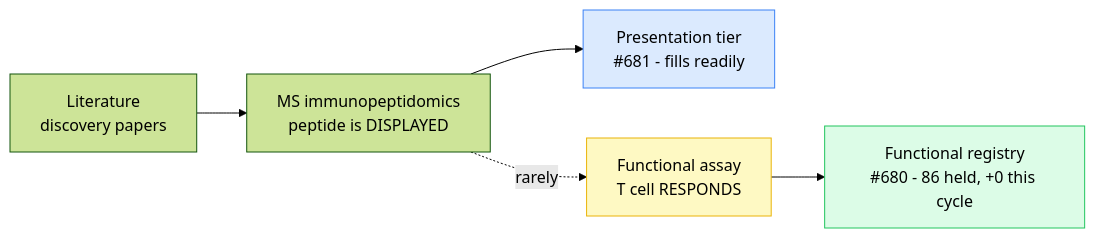
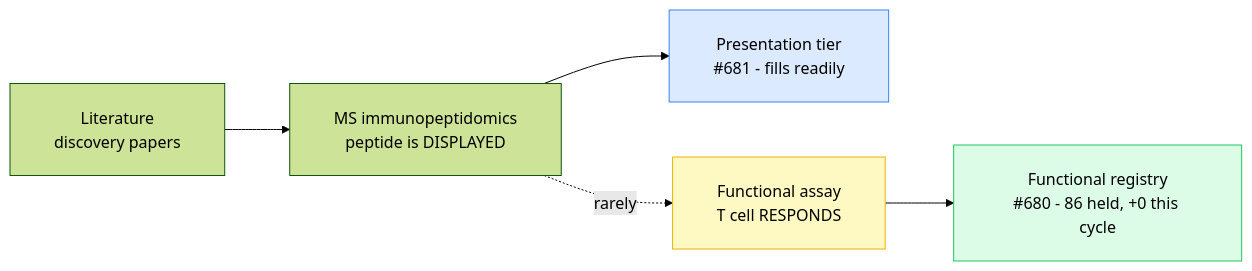
Before and after one commit to Jin-HoMLee/splice-neoepitope-pipeline: the diagram in research/decisions/issue_1284_registry-hunt-state/slides.qmd, drawn with Mermaid (forest theme).

Commit message:
docs(research): fix mermaid box overflow on the yield slide (#1284)
Client-side mermaid under reveal.js measures each node box with its own
default font, but the deck displays a wider system font (the Inter web-font
@import is commented out in custom.scss), so nowrap labels overflow the boxes.
A mermaid init directive with larger flowchart padding/spacing widens the
boxes to absorb the measurement-vs-display gap - fixes at mermaid's layout
stage so geometry and text stay coupled (a CSS font-size cap breaks the
layout by decoupling them). Visually re-verified slide 5.

````diff
--- a/research/decisions/issue_1284_registry-hunt-state/slides.qmd
+++ b/research/decisions/issue_1284_registry-hunt-state/slides.qmd
@@ -90,11 +90,12 @@
 ```{mermaid}
 %%| fig-width: 9
+%%{init: {'flowchart': {'padding': 22, 'nodeSpacing': 55, 'rankSpacing': 65}}}%%
 flowchart LR
   L[Literature<br/>discovery papers] --> M[MS immunopeptidomics<br/>peptide is DISPLAYED]
   M --> P[Presentation tier<br/>#681 - fills readily]
   M -.rarely.-> F[Functional assay<br/>T cell RESPONDS]
   F --> R[Functional registry<br/>#680 - 86 held, +0 this cycle]
   style P fill:#dbeafe,stroke:#3b82f6
   style R fill:#dcfce7,stroke:#22c55e
   style F fill:#fef9c3,stroke:#eab308
 ```
````
